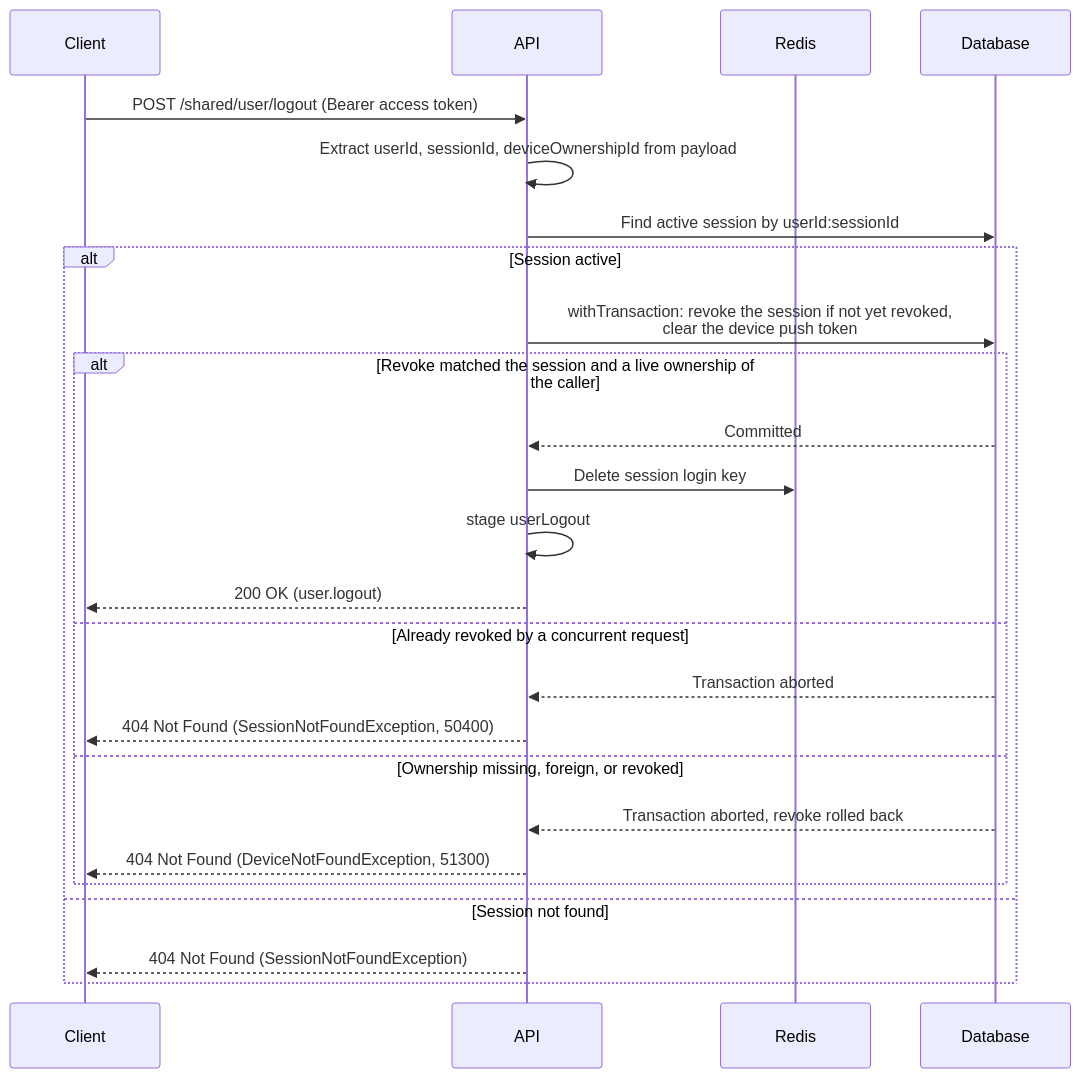
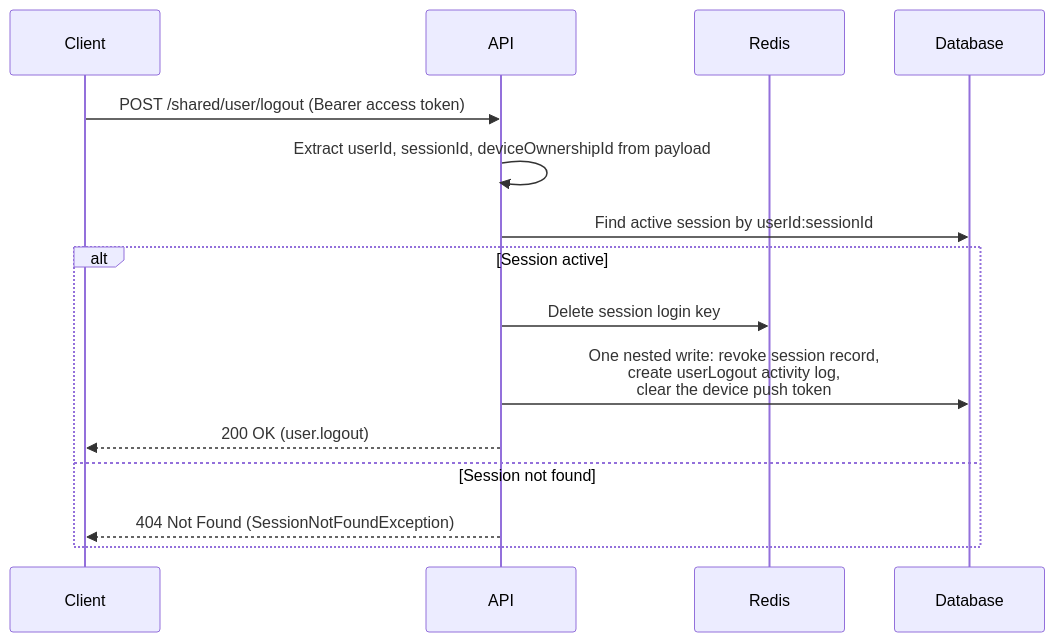
The fourth of 9 diagrams in docs/authentication.md (andrechristikan/ack-nestjs-boilerplate), drawn with Mermaid before and after one commit. The commit also changed other lines of this file and 1480 other files, not shown here.

````diff
--- a/docs/authentication.md
+++ b/docs/authentication.md
@@ -414,28 +367,18 @@
 ```mermaid
 sequenceDiagram
     participant Client
     participant API
     participant Redis
     participant Database
 
     Client->>API: POST /shared/user/logout (Bearer access token)
     API->>API: Extract userId, sessionId, deviceOwnershipId from payload
     API->>Database: Find active session by userId:sessionId
     alt Session active
-        API->>Database: withTransaction: revoke the session if not yet revoked,<br/>clear the device push token
-        alt Revoke matched the session and a live ownership of the caller
-            Database-->>API: Committed
-            API->>Redis: Delete session login key
-            API->>API: stage userLogout
-            API-->>Client: 200 OK (user.logout)
-        else Already revoked by a concurrent request
-            Database-->>API: Transaction aborted
-            API-->>Client: 404 Not Found (SessionNotFoundException, 50400)
-        else Ownership missing, foreign, or revoked
-            Database-->>API: Transaction aborted, revoke rolled back
-            API-->>Client: 404 Not Found (DeviceNotFoundException, 51300)
-        end
+        API->>Redis: Delete session login key
+        API->>Database: One nested write: revoke session record,<br/>create userLogout activity log,<br/>clear the device push token
+        API-->>Client: 200 OK (user.logout)
     else Session not found
         API-->>Client: 404 Not Found (SessionNotFoundException)
     end
 ```
````
